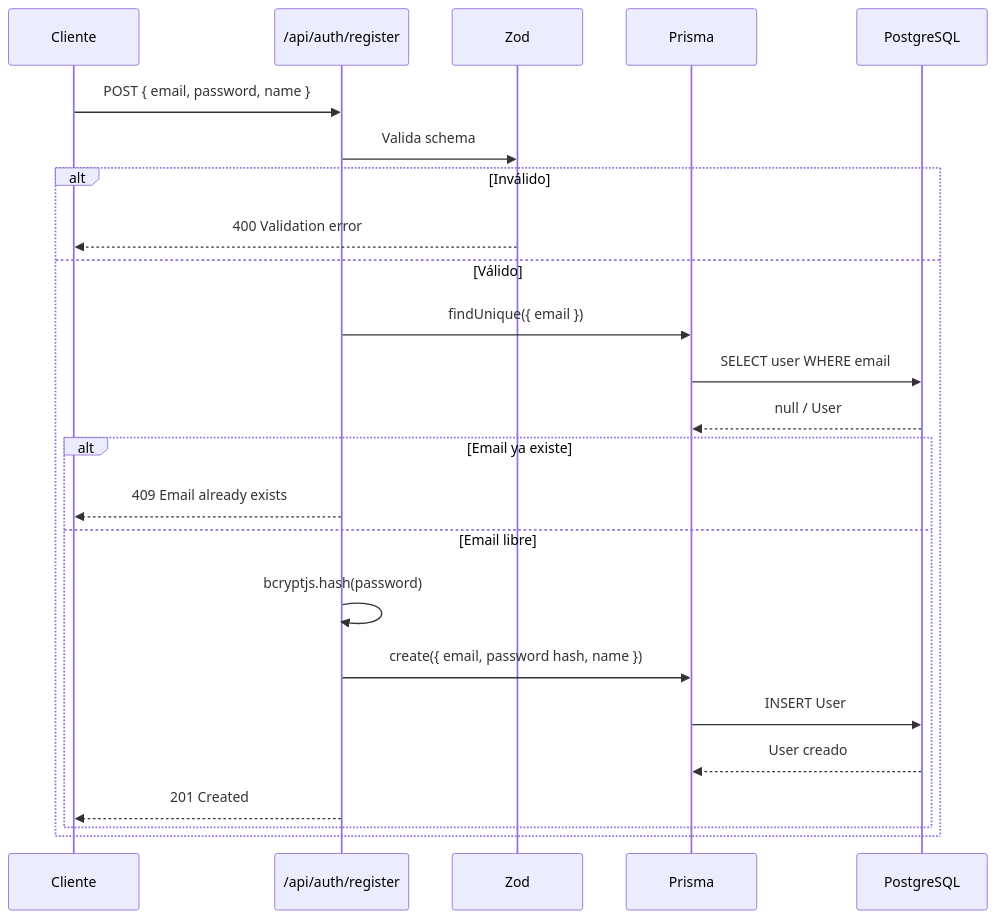
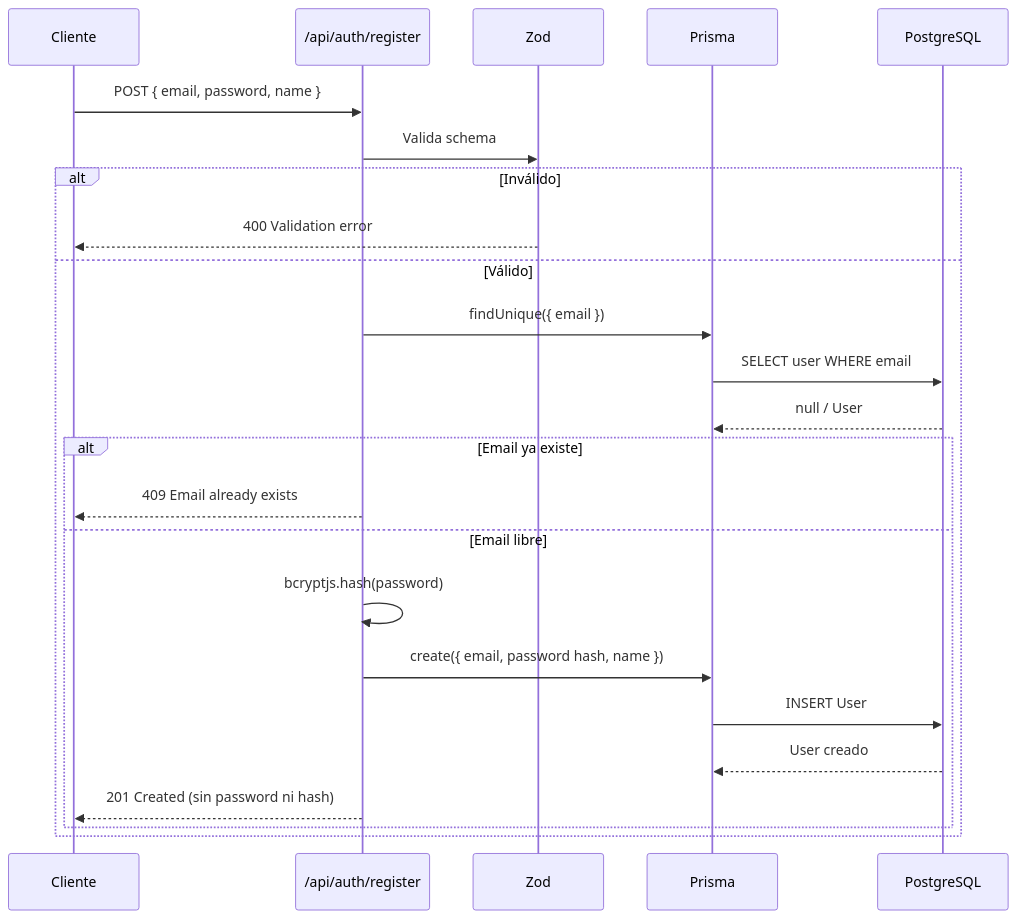
Before and after one commit to Vicente-P/HabitMaxxing: the first of 2 diagrams in docs/architecture/auth-flow.md, drawn with Mermaid. The commit also changed other lines of this file and 379 other files, not shown here.

````diff
--- a/docs/architecture/auth-flow.md
+++ b/docs/architecture/auth-flow.md
@@ -23,27 +22,27 @@
 ```mermaid
 sequenceDiagram
     participant Cliente
     participant API as /api/auth/register
     participant Zod
     participant Prisma
     participant DB as PostgreSQL
 
     Cliente->>API: POST { email, password, name }
     API->>Zod: Valida schema
     alt Inválido
         Zod-->>Cliente: 400 Validation error
     else Válido
         API->>Prisma: findUnique({ email })
         Prisma->>DB: SELECT user WHERE email
         DB-->>Prisma: null / User
         alt Email ya existe
             API-->>Cliente: 409 Email already exists
         else Email libre
             API->>API: bcryptjs.hash(password)
             API->>Prisma: create({ email, password hash, name })
             Prisma->>DB: INSERT User
             DB-->>Prisma: User creado
-            API-->>Cliente: 201 Created
+            API-->>Cliente: 201 Created (sin password ni hash)
         end
     end
 ```
````
